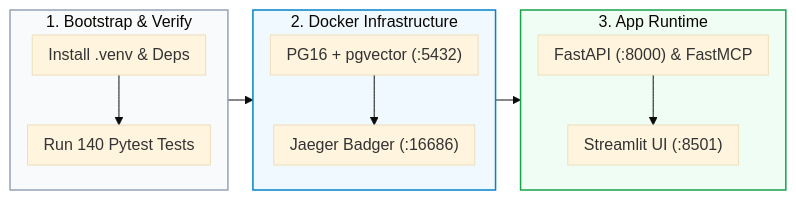
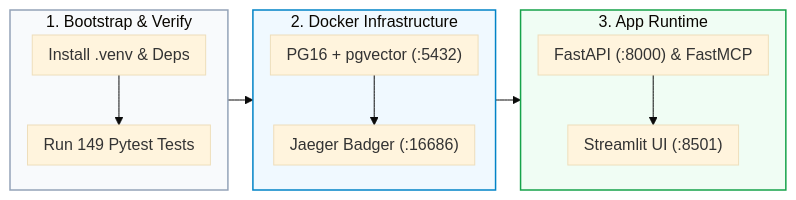
One commit to Kenono2000/enterprise-rag-pgvector-rbac changed the third of 7 diagrams in README.md. Above: the diagram before and after it, drawn with Mermaid (base theme). The commit also changed other lines of this file and 4 other files, not shown here.

````diff
--- a/README.md
+++ b/README.md
@@ -73,20 +73,20 @@
 ```mermaid
 %%{init: {'flowchart': {'nodeSpacing': 15, 'rankSpacing': 25, 'padding': 8}}}%%
 flowchart LR
     subgraph DevBootstrap ["1. Bootstrap & Verify"]
         direction TB
-        Venv["Install .venv & Deps"] --> Pytest["Run 140 Pytest Tests"]
+        Venv["Install .venv & Deps"] --> Pytest["Run 149 Pytest Tests"]
     end
     subgraph Containers ["2. Docker Infrastructure"]
         direction TB
         PG16["PG16 + pgvector (:5432)"] --> Jaeger["Jaeger Badger (:16686)"]
     end
     subgraph Services ["3. App Runtime"]
         direction TB
         FastAPI["FastAPI (:8000) & FastMCP"] --> Streamlit["Streamlit UI (:8501)"]
     end
     DevBootstrap --> Containers --> Services
     style DevBootstrap fill:#f8fafc,stroke:#94a3b8,stroke-width:1.5px
     style Containers fill:#f0f9ff,stroke:#0284c7,stroke-width:1.5px
     style Services fill:#f0fdf4,stroke:#16a34a,stroke-width:1.5px
 ```
````
